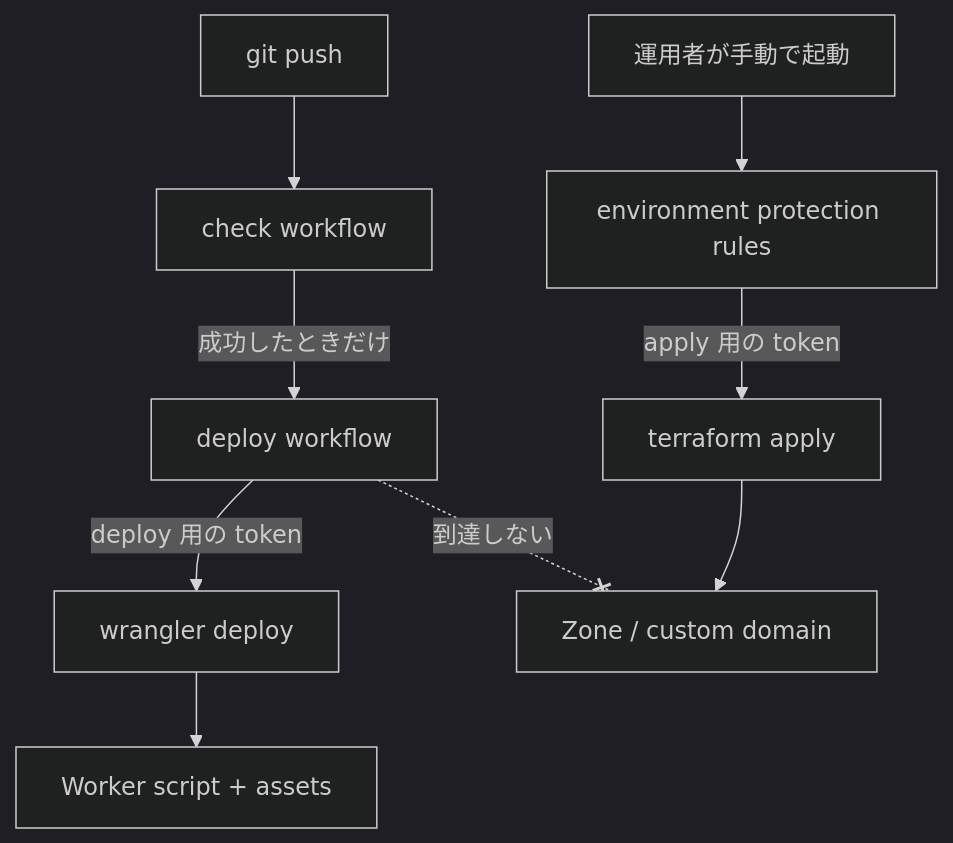
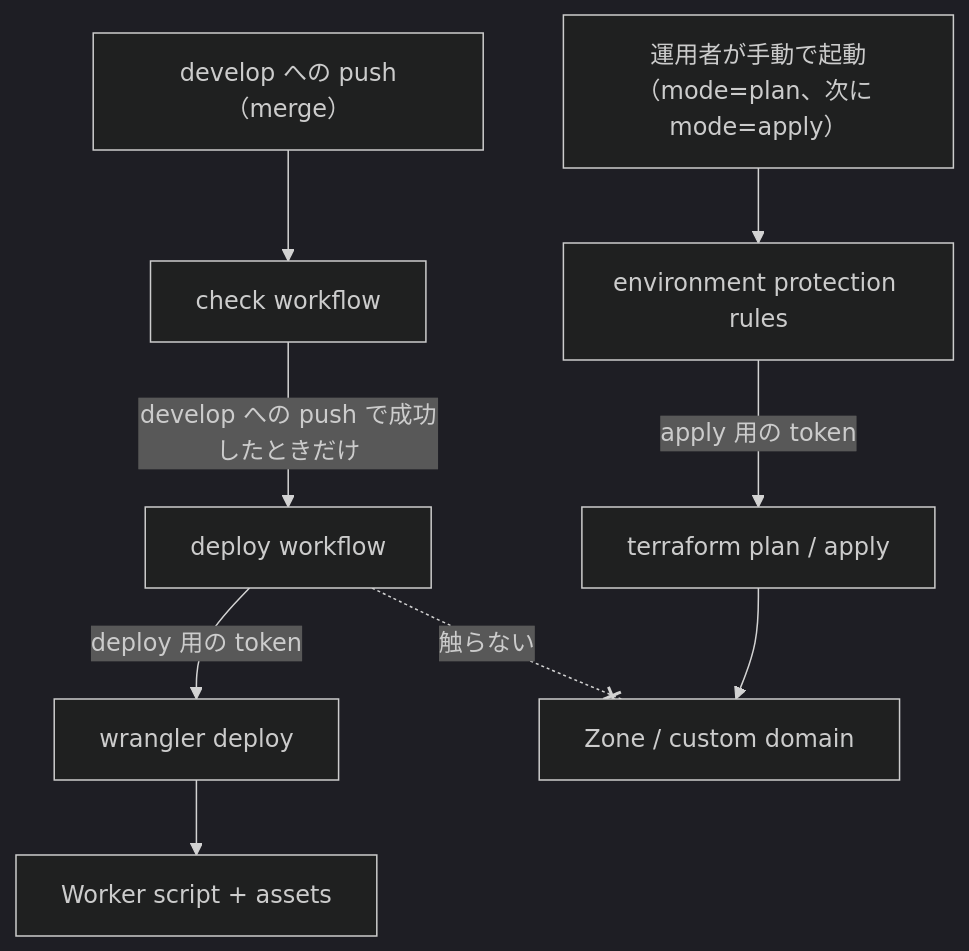
Before and after one commit to Fukuemon/fukuemon.dev: the diagram in infra/DesignDoc.md, drawn with Mermaid (dark theme). The commit also changed other lines of this file and 1 other file, not shown here.

````diff
--- a/infra/DesignDoc.md
+++ b/infra/DesignDoc.md
@@ -41,11 +41,11 @@
 ```mermaid
 flowchart TD
-    push["git push"] --> chk["check workflow"]
-    chk -->|"成功したときだけ"| ci["deploy workflow"]
+    push["develop への push（merge）"] --> chk["check workflow"]
+    chk -->|"develop への push で成功したときだけ"| ci["deploy workflow"]
     ci -->|"deploy 用の token"| wd["wrangler deploy"]
     wd --> worker["Worker script + assets"]
-    manual["運用者が手動で起動"] --> env["environment protection rules"]
-    env -->|"apply 用の token"| tf["terraform apply"]
+    manual["運用者が手動で起動（mode=plan、次に mode=apply）"] --> env["environment protection rules"]
+    env -->|"apply 用の token"| tf["terraform plan / apply"]
     tf --> base["Zone / custom domain"]
-    ci -. "到達しない" .-x base
+    ci -. "触らない" .-x base
 ```
````
